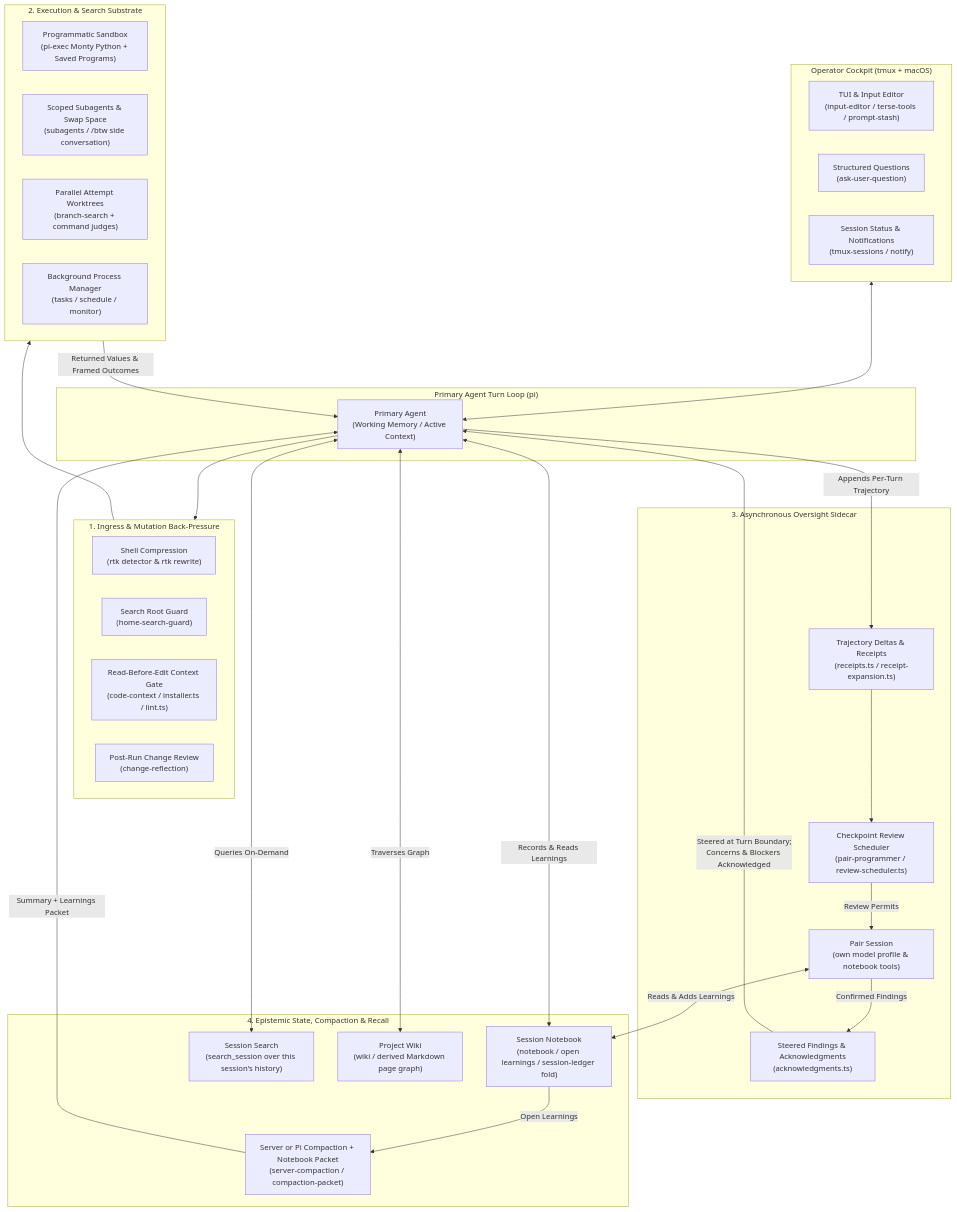
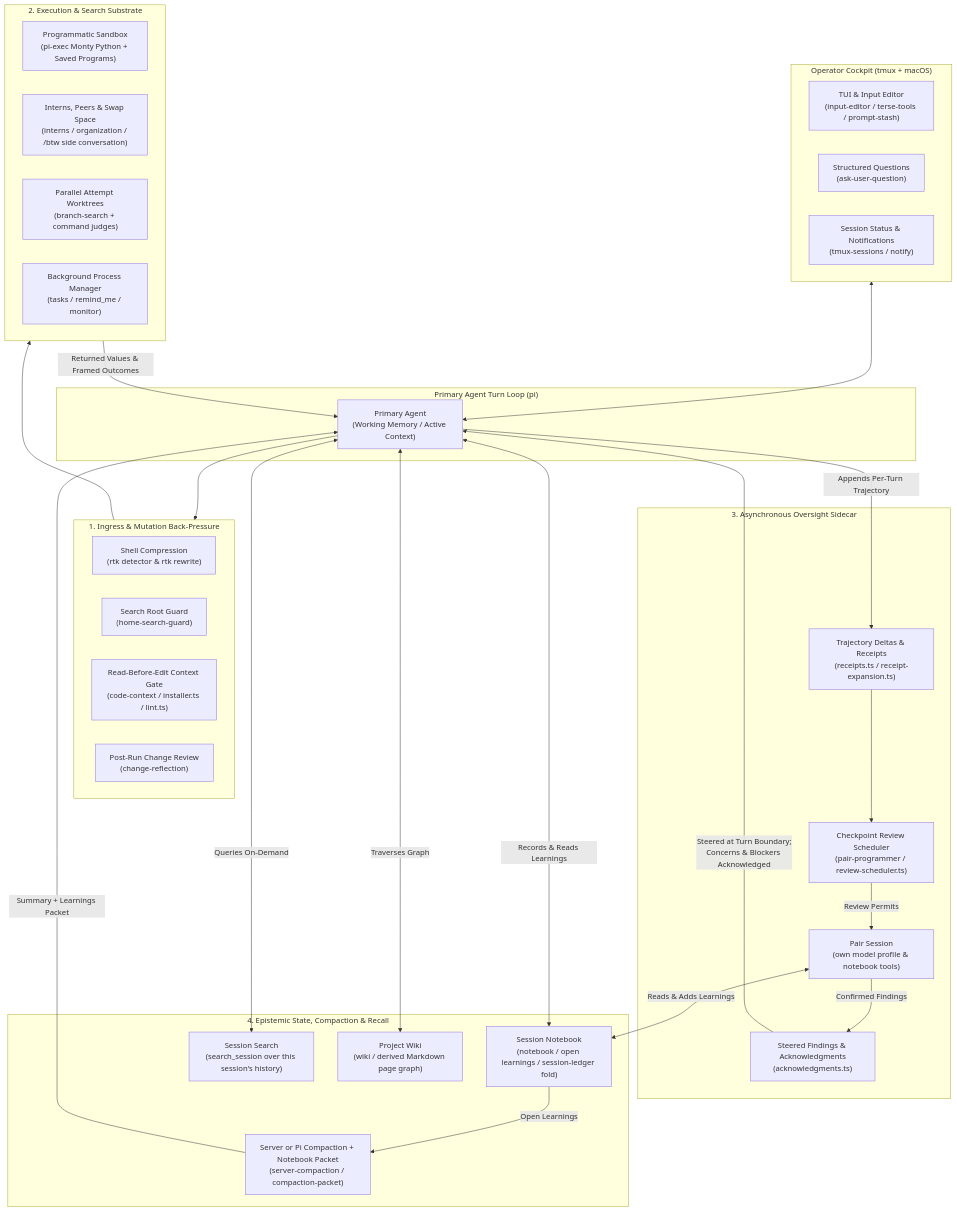
One commit to z3z1ma/apple-pi changed the first of 7 diagrams in README.md. Above: the diagram before and after it, drawn with Mermaid. The commit also changed other lines of this file and 48 other files, not shown here.

````diff
--- a/README.md
+++ b/README.md
@@ -37,58 +37,58 @@
 ```mermaid
 flowchart TB
     subgraph Operator["Operator Cockpit (tmux + macOS)"]
         TUI["TUI & Input Editor<br/>(input-editor / terse-tools / prompt-stash)"]
         ASK["Structured Questions<br/>(ask-user-question)"]
         TMUX["Session Status & Notifications<br/>(tmux-sessions / notify)"]
     end
 
     subgraph PrimaryLoop["Primary Agent Turn Loop (pi)"]
         MAIN["Primary Agent<br/>(Working Memory / Active Context)"]
     end
 
     subgraph BackPressure["1. Ingress & Mutation Back-Pressure"]
         RTK["Shell Compression<br/>(rtk detector & rtk rewrite)"]
         HSG["Search Root Guard<br/>(home-search-guard)"]
         CCG["Read-Before-Edit Context Gate<br/>(code-context / installer.ts / lint.ts)"]
         CREF["Post-Run Change Review<br/>(change-reflection)"]
     end
 
     subgraph Execution["2. Execution & Search Substrate"]
         PIEXEC["Programmatic Sandbox<br/>(pi-exec Monty Python + Saved Programs)"]
-        SUB["Scoped Subagents & Swap Space<br/>(subagents / /btw side conversation)"]
+        SUB["Interns, Peers & Swap Space<br/>(interns / organization / /btw side conversation)"]
         BSEARCH["Parallel Attempt Worktrees<br/>(branch-search + command judges)"]
-        TASKS["Background Process Manager<br/>(tasks / schedule / monitor)"]
+        TASKS["Background Process Manager<br/>(tasks / remind_me / monitor)"]
     end
 
     subgraph Bicameral["3. Asynchronous Oversight Sidecar"]
         RECEIPTS["Trajectory Deltas & Receipts<br/>(receipts.ts / receipt-expansion.ts)"]
         SCHED["Checkpoint Review Scheduler<br/>(pair-programmer / review-scheduler.ts)"]
         PAIR["Pair Session<br/>(own model profile & notebook tools)"]
         ESC["Steered Findings & Acknowledgments<br/>(acknowledgments.ts)"]
     end
 
     subgraph Memory["4. Epistemic State, Compaction & Recall"]
         LEDGER["Session Notebook<br/>(notebook / open learnings / session-ledger fold)"]
         COMPACT["Server or Pi Compaction + Notebook Packet<br/>(server-compaction / compaction-packet)"]
         SSEARCH["Session Search<br/>(search_session over this session's history)"]
         WIKI["Project Wiki<br/>(wiki / derived Markdown page graph)"]
     end
 
     Operator <--> MAIN
     MAIN --> BackPressure
     BackPressure --> Execution
     Execution -->|Returned Values & Framed Outcomes| MAIN
 
     MAIN -->|Appends Per-Turn Trajectory| RECEIPTS
     RECEIPTS --> SCHED
     SCHED -->|Review Permits| PAIR
     PAIR <-->|Reads & Adds Learnings| LEDGER
     PAIR -->|Confirmed Findings| ESC
     ESC -->|Steered at Turn Boundary;<br/>Concerns & Blockers Acknowledged| MAIN
 
     MAIN <-->|Records & Reads Learnings| LEDGER
     LEDGER -->|Open Learnings| COMPACT
     COMPACT -->|Summary + Learnings Packet| MAIN
     MAIN <-->|Queries On-Demand| SSEARCH
     MAIN <-->|Traverses Graph| WIKI
 ```
````
